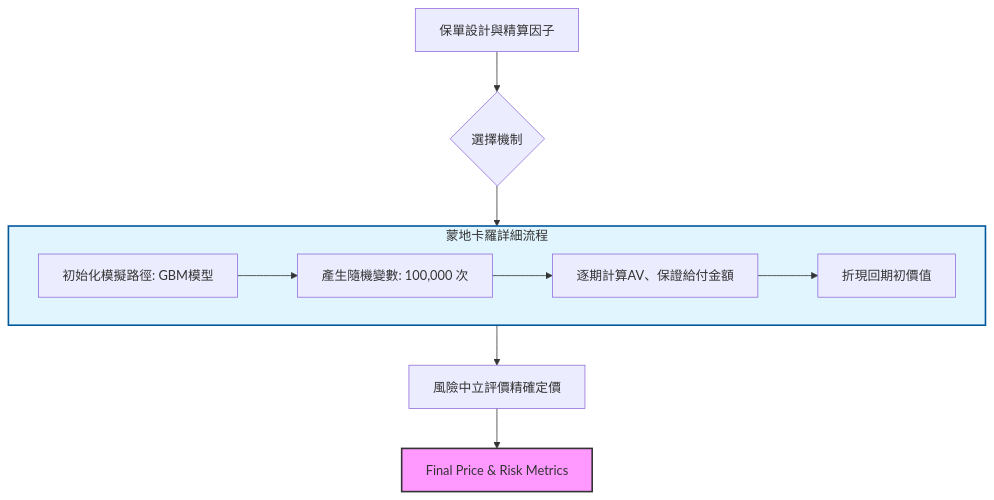
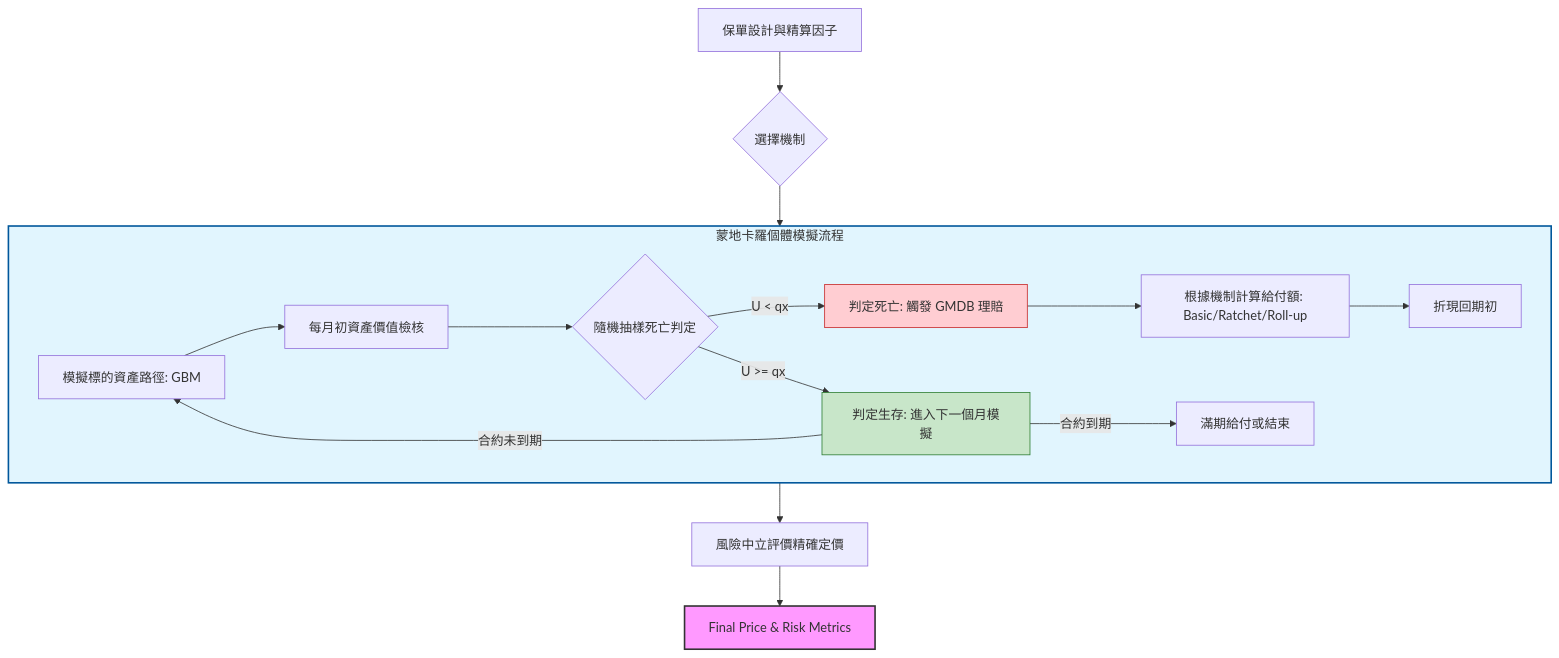
The diagram in README.md (Kai-Yun-Chang/--Simulation-Python), drawn with Mermaid before and after one commit.

````diff
--- a/README.md
+++ b/README.md
@@ -26,19 +26,29 @@
 ```mermaid
 graph TD
     %% 主流程
     Input[保單設計與精算因子] --> Mechanism{選擇機制}
     Mechanism --> Simulation[蒙地卡羅模擬流程]
     Simulation --> Risk-neutral[風險中立評價精確定價]
     Risk-neutral --> Result[Final Price & Risk Metrics]
 
     %% 蒙地卡羅詳細步驟 (子圖)
-    subgraph Simulation [蒙地卡羅詳細流程]
-        S1[初始化模擬路徑: GBM模型] --> S2[產生隨機變數: 100,000 次]
-        S2 --> S3[逐期計算AV、保證給付金額]
-        S3 --> S4[折現回期初價值]
+    subgraph Simulation [蒙地卡羅個體模擬流程]
+        S1[模擬標的資產路徑: GBM] --> S2[每月初資產價值檢核]
+        S2 --> S3{隨機抽樣死亡判定}
+        
+        S3 -->|U < qx| Dead[判定死亡: 觸發 GMDB 理賠]
+        S3 -->|U >= qx| Alive[判定生存: 進入下一個月模擬]
+        
+        Dead --> S4[根據機制計算給付額: Basic/Ratchet/Roll-up]
+        S4 --> S5[折現回期初]
+        
+        Alive -->|合約未到期| S1
+        Alive -->|合約到期| End[滿期給付或結束]
     end
 
+    style Dead fill:#ffcdd2,stroke:#c62828
+    style Alive fill:#c8e6c9,stroke:#2e7d32
     %% 樣式設定
     style Simulation fill:#e1f5fe,stroke:#01579b,stroke-width:2px
     style Result fill:#f9f,stroke:#333,stroke-width:2px
 ```
````
